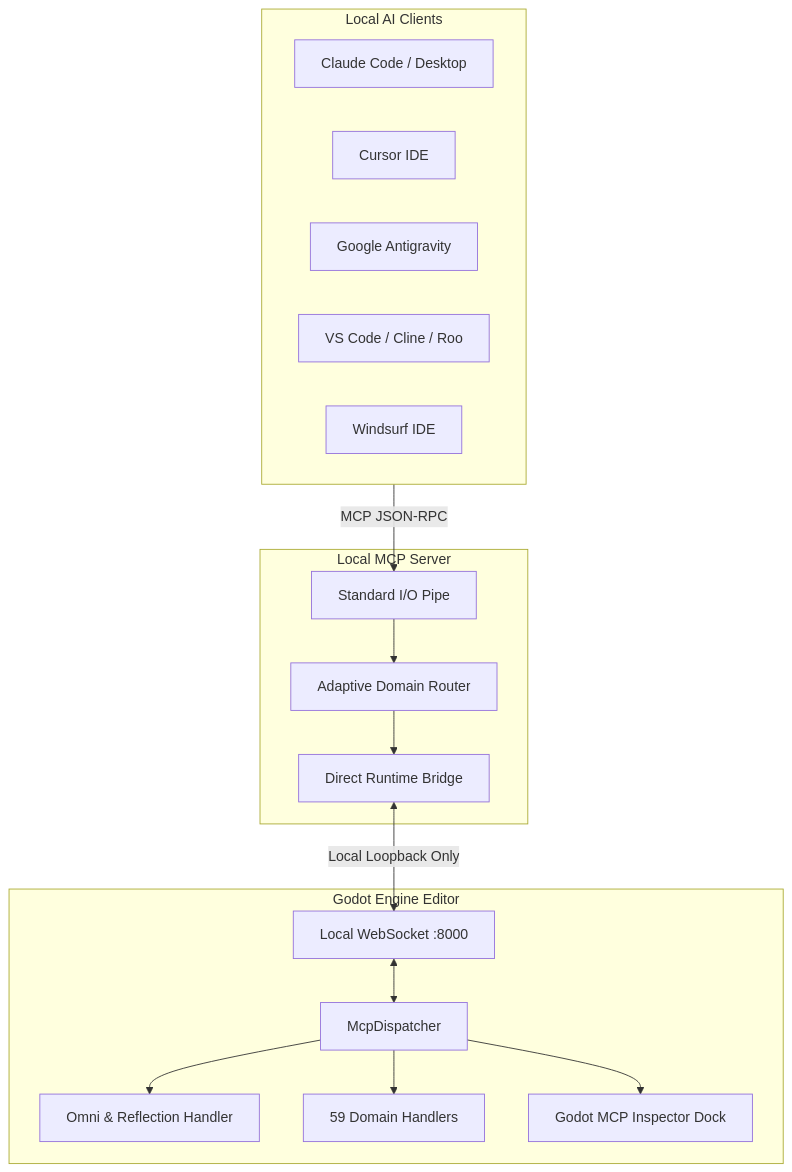
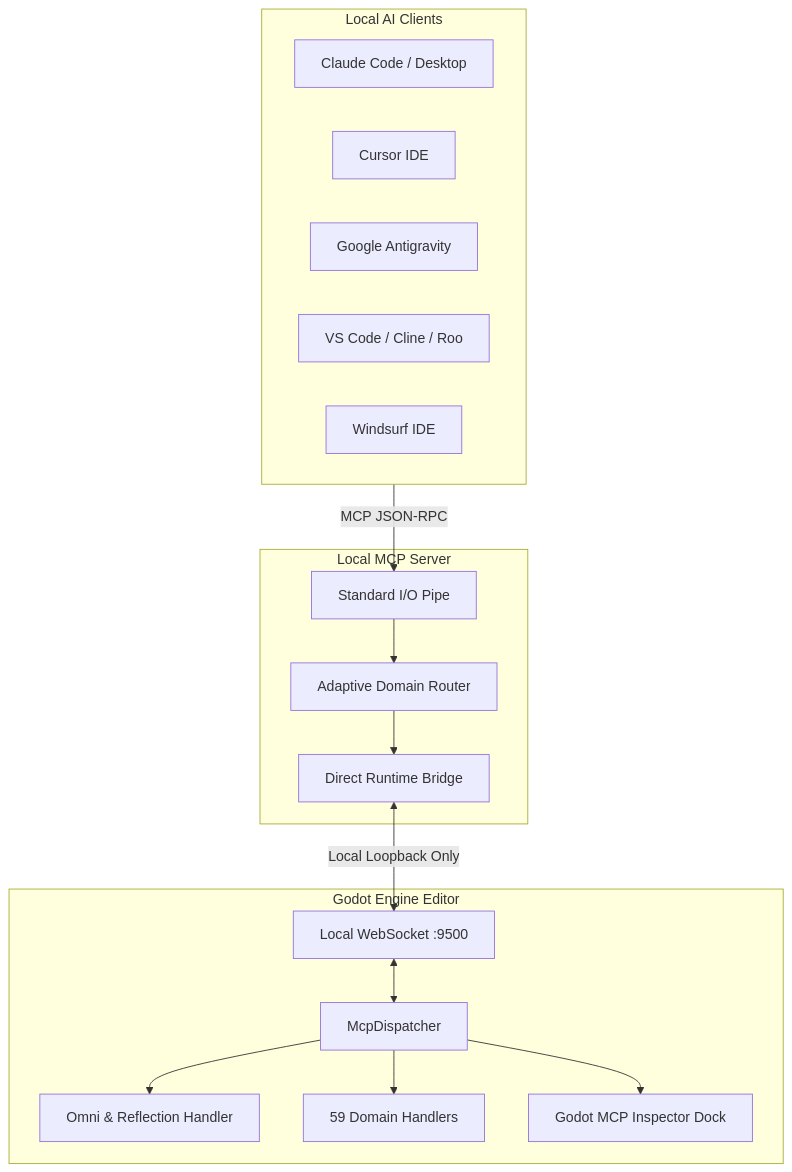
One commit to bebabinlarsson-blip/Godot-MCP changed the diagram in README.md. Above: the diagram before and after it, drawn with Mermaid. The commit also changed other lines of this file and 4 other files, not shown here.

````diff
--- a/README.md
+++ b/README.md
@@ -275,33 +275,33 @@
 ```mermaid
 flowchart TD
     subgraph AI_Clients [Local AI Clients]
         Claude[Claude Code / Desktop]
         Cursor[Cursor IDE]
         Antigravity[Google Antigravity]
         VSCode[VS Code / Cline / Roo]
         Windsurf[Windsurf IDE]
     end
 
     subgraph MCP_Server [Local MCP Server]
         Stdio[Standard I/O Pipe]
         Router[Adaptive Domain Router]
         DirectRuntime[Direct Runtime Bridge]
     end
 
     subgraph Godot_Editor [Godot Engine Editor]
-        WSBridge[Local WebSocket :8000]
+        WSBridge[Local WebSocket :9500]
         Dispatcher[McpDispatcher]
         OmniHandler[Omni & Reflection Handler]
         DomainHandlers[59 Domain Handlers]
         EditorDock[Godot MCP Inspector Dock]
     end
 
     AI_Clients -->|MCP JSON-RPC| Stdio
     Stdio --> Router
     Router --> DirectRuntime
     DirectRuntime <-->|Local Loopback Only| WSBridge
     WSBridge <--> Dispatcher
     Dispatcher --> OmniHandler
     Dispatcher --> DomainHandlers
     Dispatcher --> EditorDock
 ```
````
